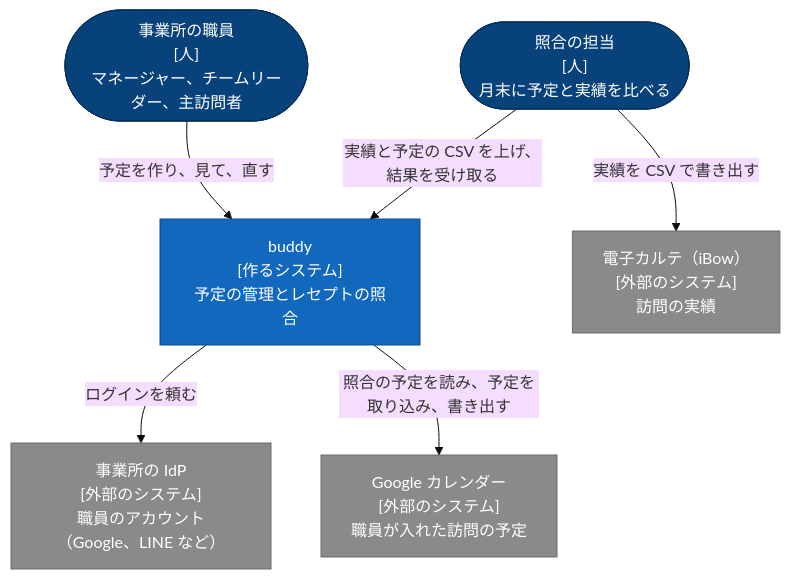
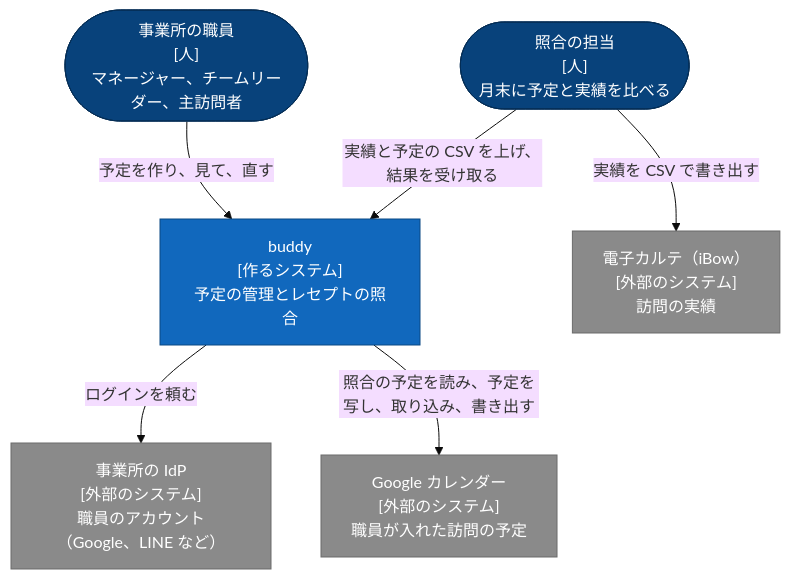
Before and after one commit to Fukuemon/buddy: the second of 2 diagrams in docs/PRD.md, drawn with Mermaid (base theme). The commit also changed other lines of this file and 2 other files, not shown here.

````diff
--- a/docs/PRD.md
+++ b/docs/PRD.md
@@ -164,20 +165,20 @@
 ```mermaid
 flowchart TB
   staff(["事業所の職員<br/>[人]<br/>マネージャー、チームリーダー、主訪問者"])
   checker(["照合の担当<br/>[人]<br/>月末に予定と実績を比べる"])
   buddy["buddy<br/>[作るシステム]<br/>予定の管理とレセプトの照合"]
   idp["事業所の IdP<br/>[外部のシステム]<br/>職員のアカウント（Google、LINE など）"]
   gcal["Google カレンダー<br/>[外部のシステム]<br/>職員が入れた訪問の予定"]
   emr["電子カルテ（iBow）<br/>[外部のシステム]<br/>訪問の実績"]
   staff -- "予定を作り、見て、直す" --> buddy
   checker -- "実績と予定の CSV を上げ、結果を受け取る" --> buddy
   checker -- "実績を CSV で書き出す" --> emr
   buddy -- "ログインを頼む" --> idp
-  buddy -- "照合の予定を読み、予定を取り込み、書き出す" --> gcal
+  buddy -- "照合の予定を読み、予定を写し、取り込み、書き出す" --> gcal
   classDef person fill:#08427b,stroke:#052e56,color:#fff
   classDef system fill:#1168bd,stroke:#0b4884,color:#fff
   classDef external fill:#8a8a8a,stroke:#6b6b6b,color:#fff
   class staff,checker person
   class buddy system
   class idp,gcal,emr external
 ```
````
